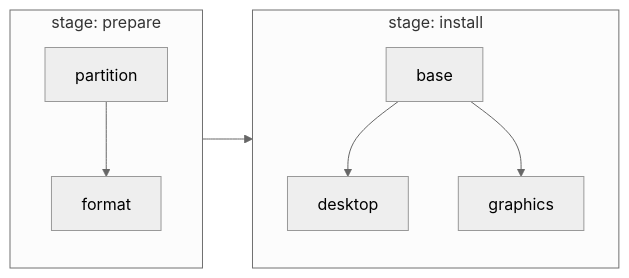
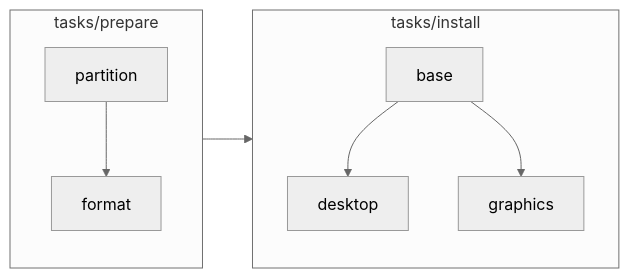
Before and after one commit to murkl/oak: the diagram in docs/REFERENCE.md, drawn with Mermaid (neutral theme). The commit also changed other lines of this file and 40 other files, not shown here.

````diff
--- a/docs/REFERENCE.md
+++ b/docs/REFERENCE.md
@@ -177,13 +205,13 @@
 ```mermaid
 flowchart LR
-    subgraph A["stage: prepare"]
+    subgraph A["tasks/prepare"]
         direction TB
         P["partition"] --> F["format"]
     end
-    subgraph B["stage: install"]
+    subgraph B["tasks/install"]
         direction TB
         BS["base"] --> DE["desktop"]
         BS --> GR["graphics"]
     end
     A --> B
 ```
````
